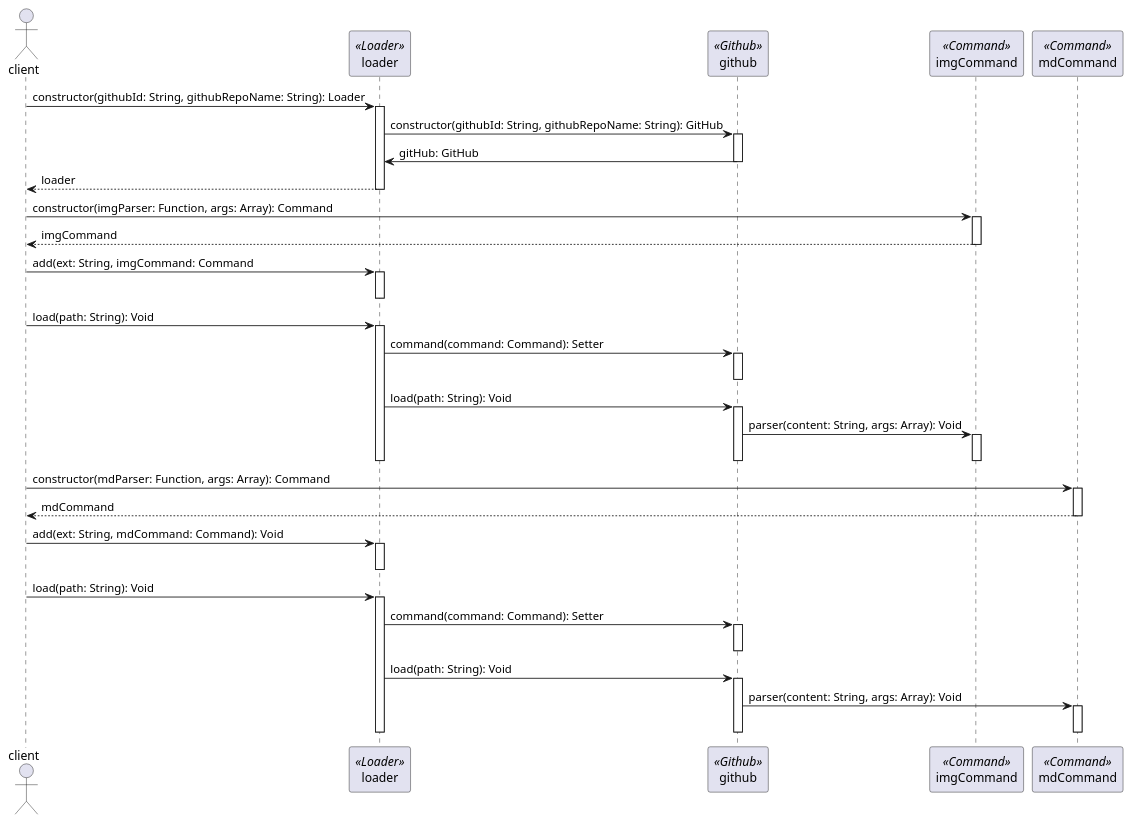
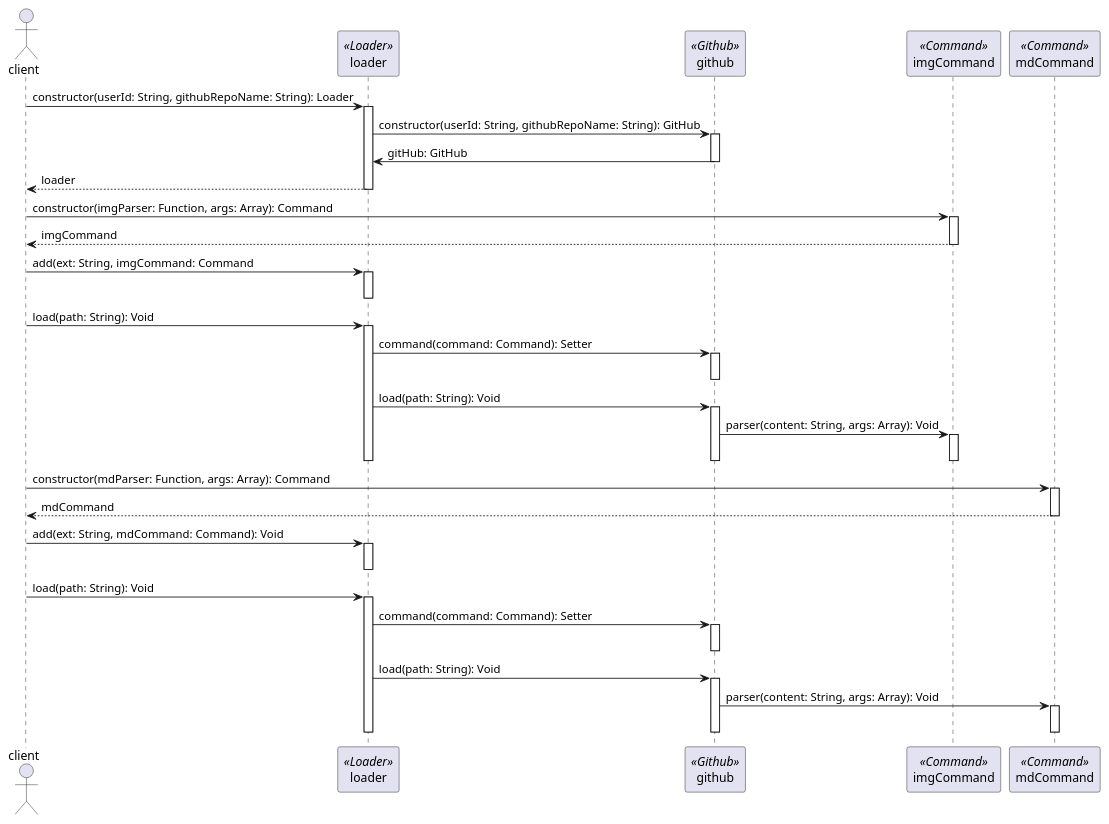
Before and after one commit to expert0226/codespitz: the eighth of 8 diagrams in src/main/resources/codespitz79/designpattern/day02/day02.adoc, drawn with PlantUML. The commit also changed other lines of this file and 4 other files, not shown here.

```diff
--- a/src/main/resources/codespitz79/designpattern/day02/day02.adoc
+++ b/src/main/resources/codespitz79/designpattern/day02/day02.adoc
@@ -308,58 +308,58 @@
 [plantuml, router_sequence, png]
 .....
 actor client
 participant loader <<Loader>>
 participant github <<Github>>
 participant imgCommand <<Command>>
 participant mdCommand <<Command>>
 
-client -> loader: constructor(githubId: String, githubRepoName: String): Loader
+client -> loader: constructor(userId: String, githubRepoName: String): Loader
 activate loader
-    loader -> github: constructor(githubId: String, githubRepoName: String): GitHub
+    loader -> github: constructor(userId: String, githubRepoName: String): GitHub
     activate github
     loader <- github: gitHub: GitHub
     deactivate github
 return loader
 
 client -> imgCommand: constructor(imgParser: Function, args: Array): Command
 activate imgCommand
 return imgCommand
 
 client -> loader: add(ext: String, imgCommand: Command
 activate loader
 deactivate loader
 
 client -> loader: load(path: String): Void
 activate loader
     loader -> github: command(command: Command): Setter
     activate github
     deactivate github
     loader -> github: load(path: String): Void
     activate github
         github -> imgCommand: parser(content: String, args: Array): Void
         activate imgCommand
         deactivate imgCommand
     deactivate github
 deactivate loader
 
 client -> mdCommand: constructor(mdParser: Function, args: Array): Command
 activate mdCommand
 return mdCommand
 
 client -> loader: add(ext: String, mdCommand: Command): Void
 activate loader
 deactivate loader
 
 client -> loader: load(path: String): Void
 activate loader
     loader -> github: command(command: Command): Setter
     activate github
     deactivate github
     loader -> github: load(path: String): Void
     activate github
         github -> mdCommand: parser(content: String, args: Array): Void
         activate mdCommand
         deactivate mdCommand
     deactivate github
 deactivate loader
 .....
```
